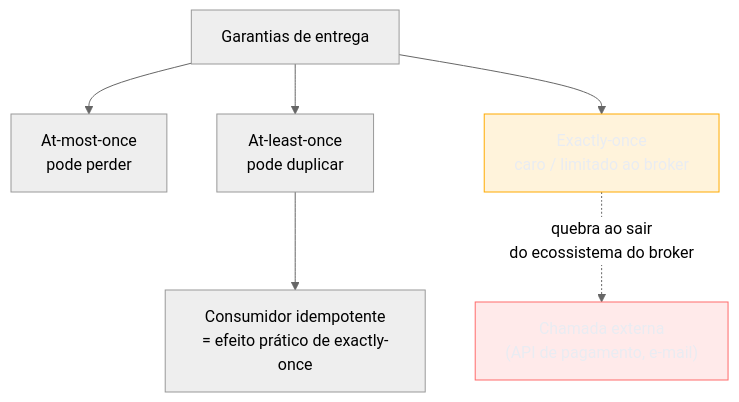
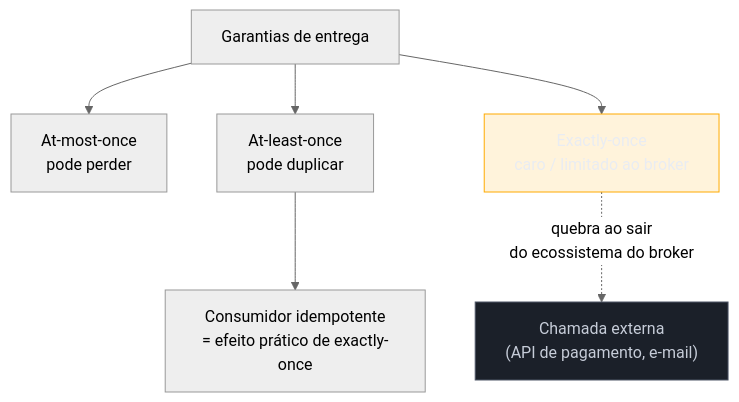
One commit to josenaldo/codex-technomanticus changed the third of 3 diagrams in 03-Dominios/Engenharia/Arquitetura/System Design/2 - Building blocks/05 - Message queues e processamento assíncrono.md. Above: the diagram before and after it, drawn with Mermaid (neutral theme). The commit also changed other lines of this file and 601 other files, not shown here.

````diff
--- a/03-Dominios/Engenharia/Arquitetura/System Design/2 - Building blocks/05 - Message queues e processamento assíncrono.md
+++ b/03-Dominios/Engenharia/Arquitetura/System Design/2 - Building blocks/05 - Message queues e processamento assíncrono.md
@@ -153,12 +153,12 @@
 ```mermaid
 graph TD
+    classDef neutro fill:#1B2029,stroke:#4E5666,color:#C6CCD8
     classDef destaque fill:#FFAA0024,stroke:#FFAA00,color:#E9ECF2
-    classDef falha fill:#FF6B6B24,stroke:#FF6B6B,color:#E9ECF2
     G["Garantias de entrega"] --> AM["At-most-once<br/>pode perder"]
     G --> AL["At-least-once<br/>pode duplicar"]
     G --> EO["Exactly-once<br/>caro / limitado ao broker"]
     AL --> ID["Consumidor idempotente<br/>= efeito prático de exactly-once"]
     EO -.->|"quebra ao sair<br/>do ecossistema do broker"| SIDE["Chamada externa<br/>(API de pagamento, e-mail)"]
     class EO destaque
-    class SIDE falha
+    class SIDE neutro
 ```
````
